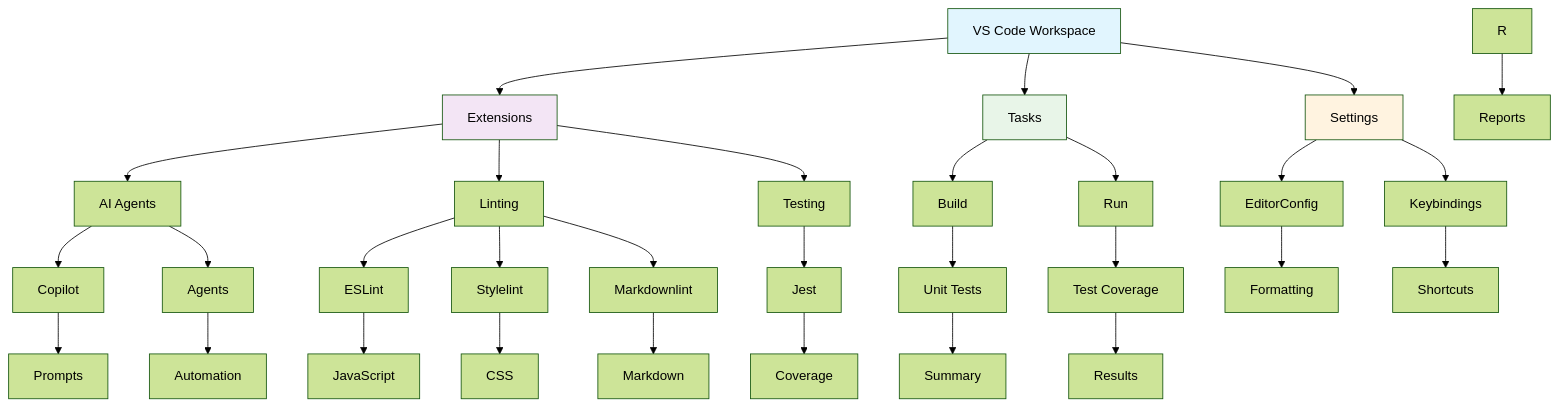
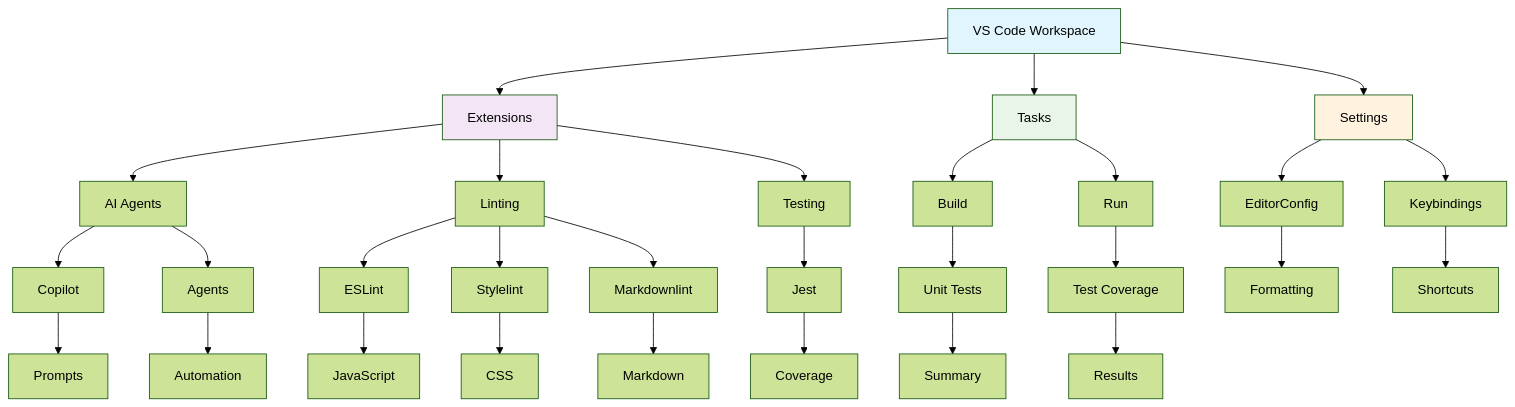
Before and after one commit to lightspeedwp/.github: the diagram in .vscode/README.md, drawn with Mermaid (forest theme). The commit also changed other lines of this file, not shown here.

Commit message:
Fix undefined node in Mermaid diagram and remove duplicate footer in .vscode/README.md

````diff
--- a/.vscode/README.md
+++ b/.vscode/README.md
@@ -23,41 +23,40 @@
 ```mermaid
 ---
 accTitle: VS Code Workspace Configuration Architecture
 accDescr: Flowchart showing the VS Code workspace hierarchy with three main branches (Extensions, Tasks, Settings) that lead to development tools including AI Agents, Linting tools (ESLint, Stylelint, Markdownlint), Testing (Jest), Build automation, EditorConfig, and Keybindings configuration
 ---
 flowchart TD
     A[VS Code Workspace] --> B[Extensions]
     A --> C[Tasks]
     A --> D[Settings]
     B --> E[AI Agents]
     B --> F[Linting]
     B --> G[Testing]
     C --> H[Build]
     C --> I[Run]
     D --> J[EditorConfig]
     D --> K[Keybindings]
     E --> L[Copilot]
     E --> M[Agents]
     F --> N[ESLint]
     F --> O[Stylelint]
     F --> P[Markdownlint]
     G --> Q[Jest]
     H --> S[Unit Tests]
     I --> T[Test Coverage]
     J --> U[Formatting]
     K --> V[Shortcuts]
     L --> W[Prompts]
     M --> X[Automation]
     N --> Y[JavaScript]
     O --> Z[CSS]
     P --> AA[Markdown]
     Q --> AB[Coverage]
-    R --> AC[Reports]
     S --> AD[Summary]
     T --> AE[Results]
 
     style A fill:#e1f5fe
     style B fill:#f3e5f5
     style C fill:#e8f5e8
     style D fill:#fff3e0
 ```
````
